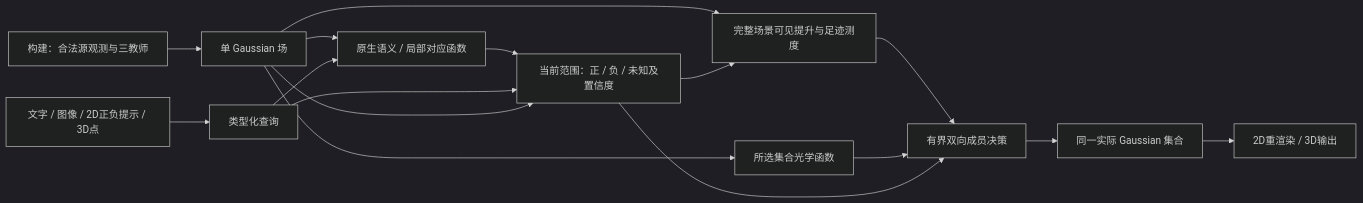
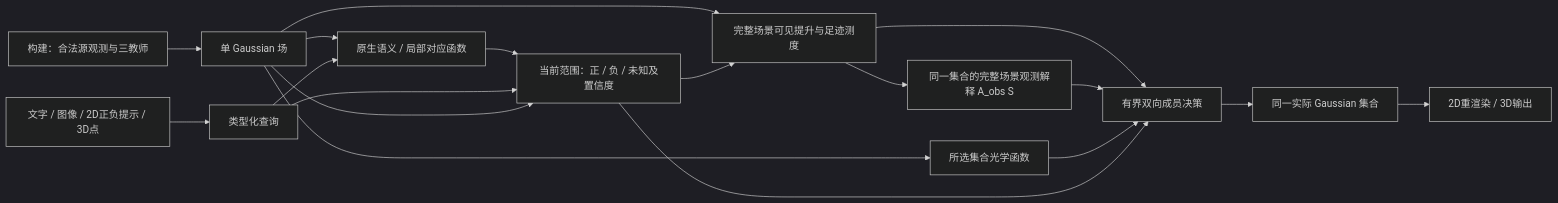
The diagram in docs/method/query-field-mechanisms-and-closure.md (Arthurshen926/RADIO-GS), drawn with Mermaid (dark theme) before and after one commit. The commit also changed other lines of this file and 9 other files, not shown here.

````diff
--- a/docs/method/query-field-mechanisms-and-closure.md
+++ b/docs/method/query-field-mechanisms-and-closure.md
@@ -13,18 +13,20 @@
 ```mermaid
 flowchart LR
   C[构建：合法源观测与三教师] --> F[单 Gaussian 场]
   F --> N[原生语义 / 局部对应函数]
   Q[文字 / 图像 / 2D正负提示 / 3D点] --> T[类型化查询]
   T --> N
   N --> S[当前范围：正 / 负 / 未知及置信度]
   T --> S
   F --> S
   F --> L[完整场景可见提升与足迹测度]
   S --> L
   L --> D[有界双向成员决策]
+  L --> A[同一集合的完整场景观测解释 A_obs S]
+  A --> D
   F --> O[所选集合光学函数]
   O --> D
   S --> D
   D --> G[同一实际 Gaussian 集合]
   G --> P[2D重渲染 / 3D输出]
 ```
````
